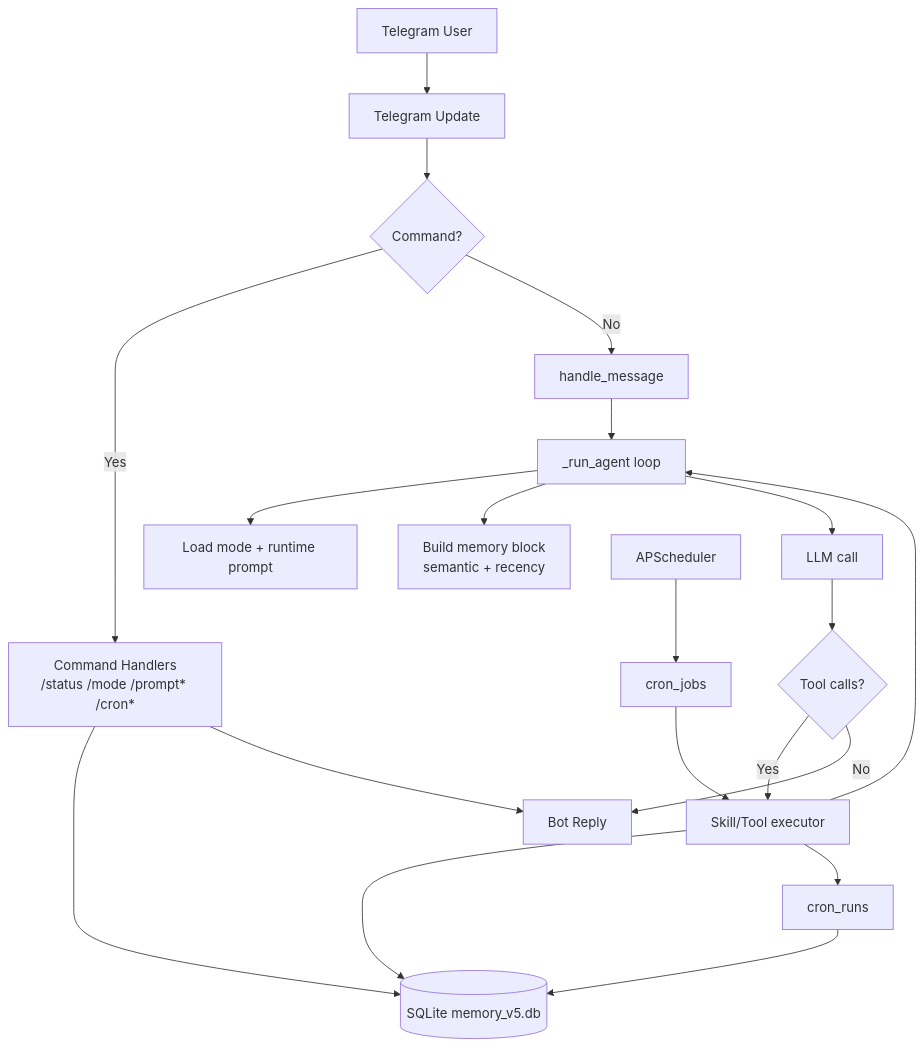
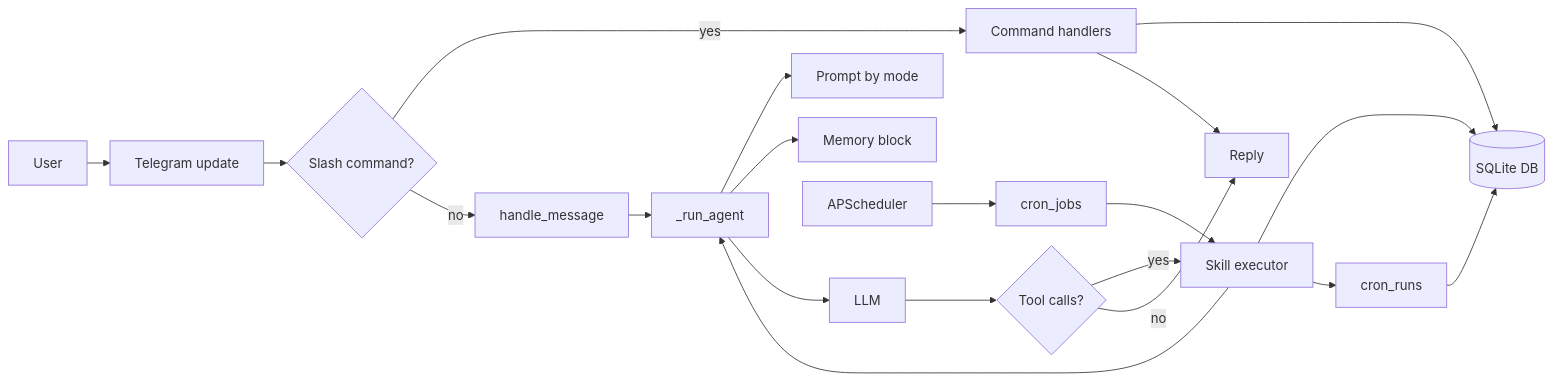
Before and after one commit to xbosch/XoBop: the diagram in README.md, drawn with Mermaid. The commit also changed other lines of this file, not shown here.

Commit message:
README: make architecture diagram page-friendly with fallback text view

````diff
--- a/README.md
+++ b/README.md
@@ -140,26 +140,27 @@
 ```mermaid
-flowchart TD
-    U[Telegram User] --> T[Telegram Update]
-    T --> R{Command?}
+%%{init: {'flowchart': {'useMaxWidth': true, 'nodeSpacing': 24, 'rankSpacing': 28}, 'theme': 'default'}}%%
+flowchart LR
+    U[User] --> T[Telegram update]
+    T --> R{Slash command?}
 
-    R -- Yes --> C[Command Handlers\n/status /mode /prompt* /cron*]
-    C --> DB[(SQLite memory_v5.db)]
-    C --> O[Bot Reply]
+    R -- yes --> C[Command handlers]
+    C --> DB[(SQLite DB)]
+    C --> O[Reply]
 
-    R -- No --> H[handle_message]
-    H --> A[_run_agent loop]
-    A --> P[Load mode + runtime prompt]
-    A --> M[Build memory block\nsemantic + recency]
-    A --> L[LLM call]
+    R -- no --> H[handle_message]
+    H --> A[_run_agent]
+    A --> P[Prompt by mode]
+    A --> M[Memory block]
+    A --> L[LLM]
 
-    L --> TC{Tool calls?}
-    TC -- Yes --> S[Skill/Tool executor]
+    L --> K{Tool calls?}
+    K -- yes --> S[Skill executor]
     S --> DB
     S --> A
-    TC -- No --> O
+    K -- no --> O
 
-    SCH[APScheduler] --> CJ[cron_jobs]
-    CJ --> S
-    S --> CR[cron_runs]
-    CR --> DB
+    J[APScheduler] --> Q[cron_jobs]
+    Q --> S
+    S --> X[cron_runs]
+    X --> DB
 ```
````
